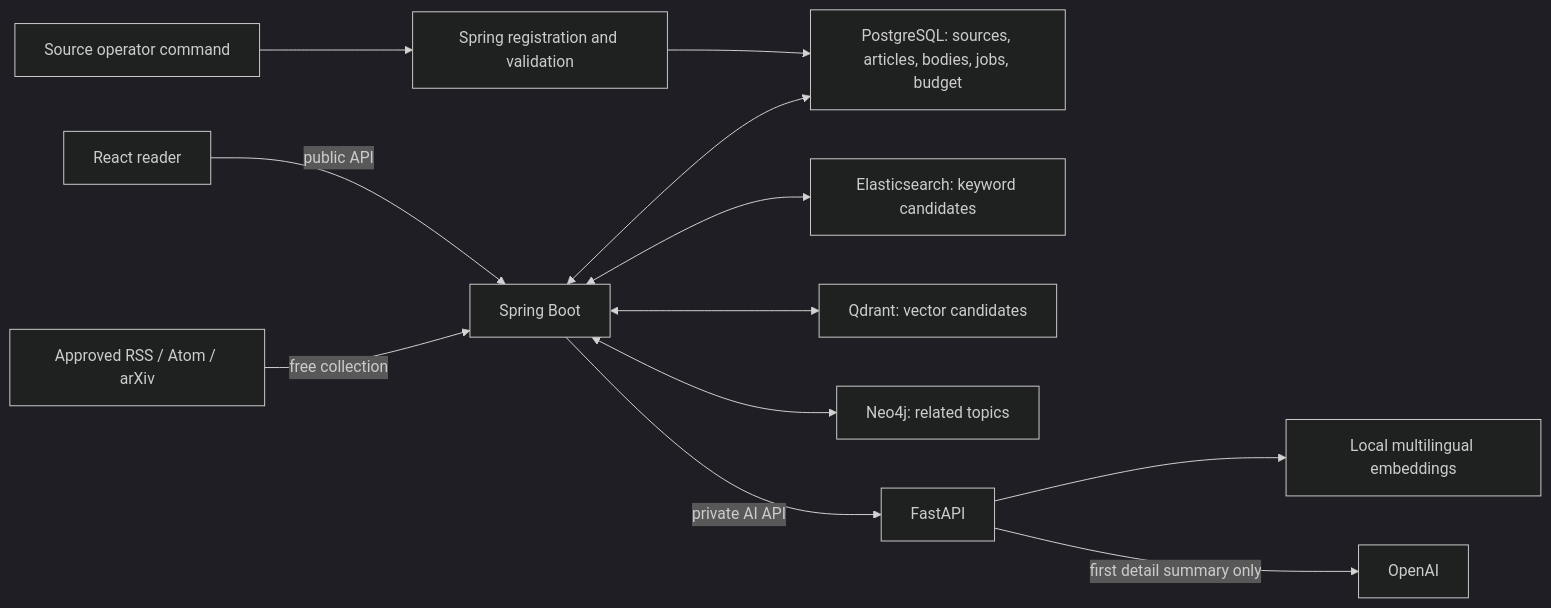
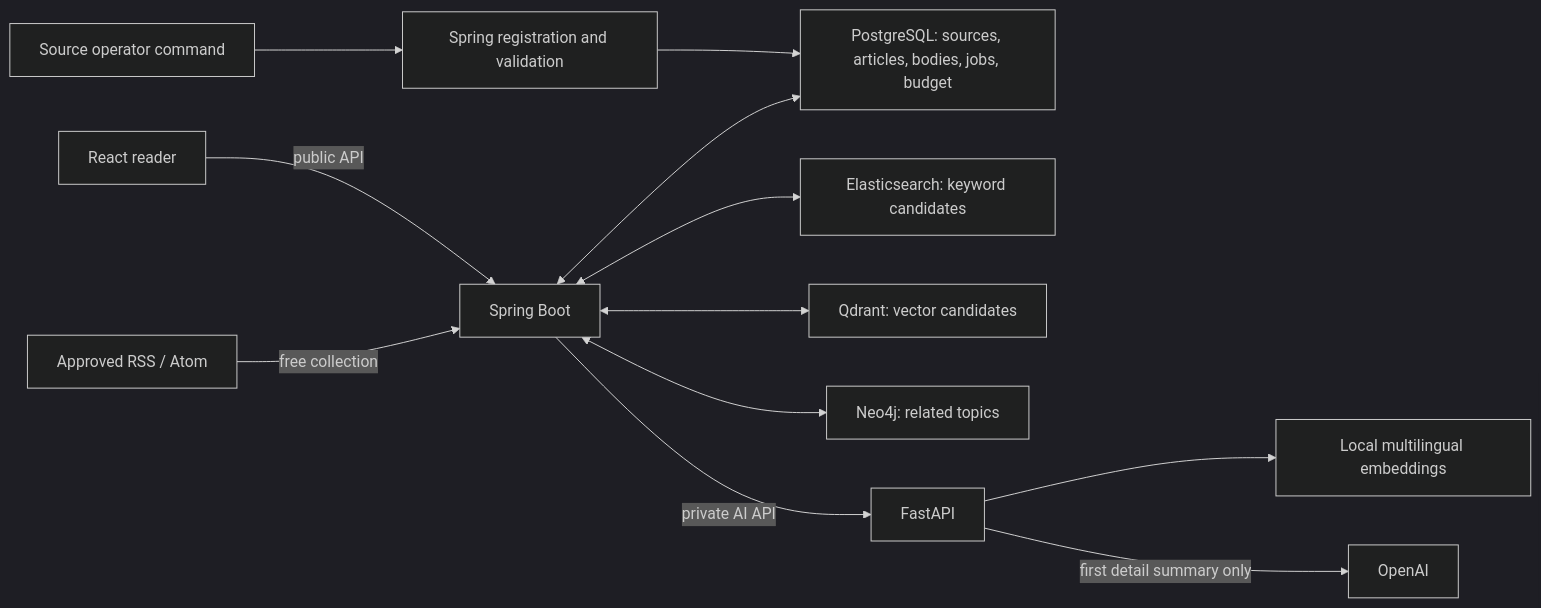
One commit to yh4752/sigak changed the diagram in README.ko.md. Above: the diagram before and after it, drawn with Mermaid (dark theme). The commit also changed other lines of this file and 14 other files, not shown here.

````diff
--- a/README.ko.md
+++ b/README.ko.md
@@ -30,14 +34,14 @@
 ```mermaid
 flowchart LR
     reader["React reader"] -->|"public API"| backend["Spring Boot"]
     operator["Source operator command"] --> registry["Spring registration and validation"]
     registry --> postgres["PostgreSQL: sources, articles, bodies, jobs, budget"]
-    sources["Approved RSS / Atom / arXiv"] -->|"free collection"| backend
+    sources["Approved RSS / Atom"] -->|"free collection"| backend
     backend <--> postgres
     backend <--> es["Elasticsearch: keyword candidates"]
     backend <--> qdrant["Qdrant: vector candidates"]
     backend <--> neo4j["Neo4j: related topics"]
     backend -->|"private AI API"| ai["FastAPI"]
     ai --> embeddings["Local multilingual embeddings"]
     ai -->|"first detail summary only"| openai["OpenAI"]
 ```
````
